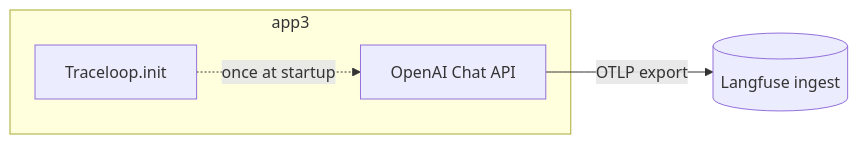
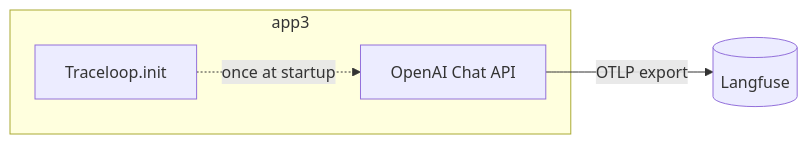
The fourth of 5 diagrams in doc.md (optimisuke/hello-langfuse-otel), drawn with Mermaid before and after one commit. The commit also changed other lines of this file, not shown here.

````diff
--- a/doc.md
+++ b/doc.md
@@ -74,8 +74,8 @@
 ```mermaid
 flowchart LR
   subgraph app3
     TL3["Traceloop.init"]
     OA3["OpenAI Chat API"]
   end
-  TL3 -.once at startup.-> OA3 -->|OTLP export| LF[(Langfuse ingest)]
+  TL3 -.once at startup.-> OA3 -->|OTLP export| LF[(Langfuse)]
 ```
````
